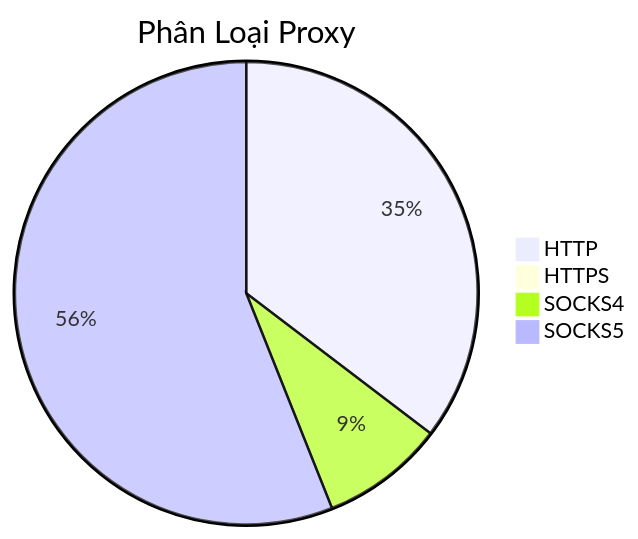
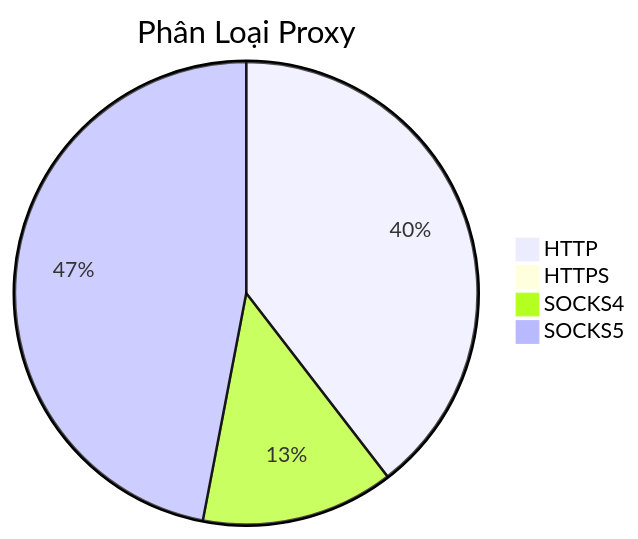
One commit to Ciara-12/PROXY-free changed the diagram in README.md. Above: the diagram before and after it, drawn with Mermaid. The commit also changed other lines of this file and 3 other files, not shown here.

````diff
--- a/README.md
+++ b/README.md
@@ -26,7 +26,7 @@
 ```mermaid
 pie title Phân Loại Proxy
-    "HTTP" : 1170
+    "HTTP" : 855
     "HTTPS" : 0
-    "SOCKS4" : 285
-    "SOCKS5" : 1855
+    "SOCKS4" : 291
+    "SOCKS5" : 1016
 ```
````
